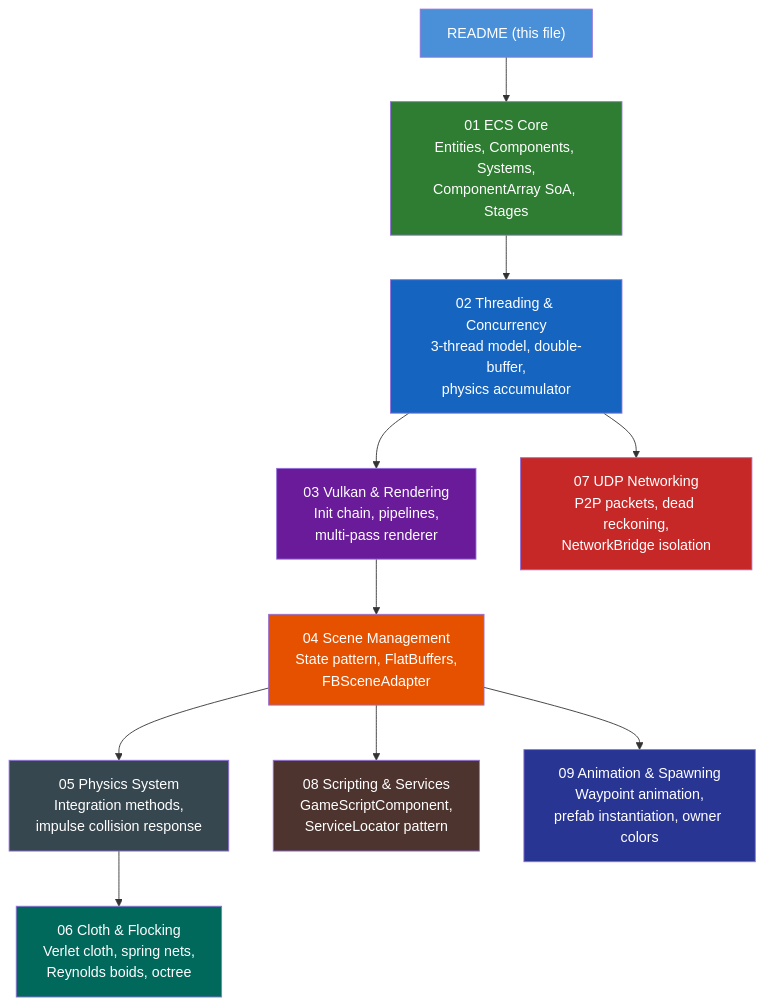
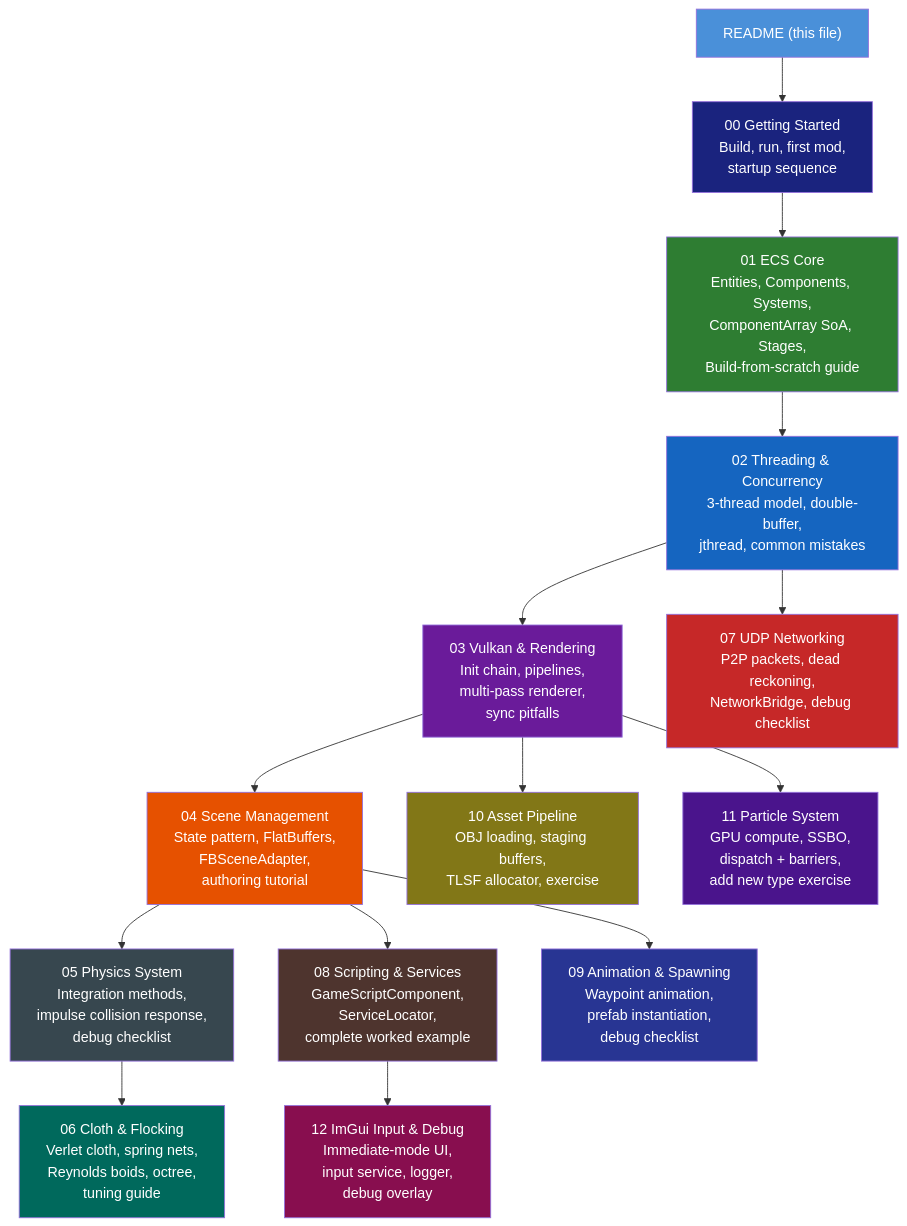
One commit to JoseSerranoHull/simulation-engine changed the diagram in markdown/TechnicalManual/README.md. Above: the diagram before and after it, drawn with Mermaid. The commit also changed other lines of this file and 26 other files, not shown here.

````diff
--- a/markdown/TechnicalManual/README.md
+++ b/markdown/TechnicalManual/README.md
@@ -23,35 +51,47 @@
 ```mermaid
 graph TD
+    GS["00 Getting Started<br/>Build, run, first mod,<br/>startup sequence"]
     README["README (this file)"]
 
-    ECS["01 ECS Core<br/>Entities, Components, Systems,<br/>ComponentArray SoA, Stages"]
-    THR["02 Threading &amp; Concurrency<br/>3-thread model, double-buffer,<br/>physics accumulator"]
-    VK["03 Vulkan &amp; Rendering<br/>Init chain, pipelines,<br/>multi-pass renderer"]
-    SCENE["04 Scene Management<br/>State pattern, FlatBuffers,<br/>FBSceneAdapter"]
-    PHY["05 Physics System<br/>Integration methods,<br/>impulse collision response"]
-    CF["06 Cloth &amp; Flocking<br/>Verlet cloth, spring nets,<br/>Reynolds boids, octree"]
-    NET["07 UDP Networking<br/>P2P packets, dead reckoning,<br/>NetworkBridge isolation"]
-    SCR["08 Scripting &amp; Services<br/>GameScriptComponent,<br/>ServiceLocator pattern"]
-    ANI["09 Animation &amp; Spawning<br/>Waypoint animation,<br/>prefab instantiation, owner colors"]
+    ECS["01 ECS Core<br/>Entities, Components, Systems,<br/>ComponentArray SoA, Stages,<br/>Build-from-scratch guide"]
+    THR["02 Threading &amp; Concurrency<br/>3-thread model, double-buffer,<br/>jthread, common mistakes"]
+    VK["03 Vulkan &amp; Rendering<br/>Init chain, pipelines,<br/>multi-pass renderer,<br/>sync pitfalls"]
+    SCENE["04 Scene Management<br/>State pattern, FlatBuffers,<br/>FBSceneAdapter,<br/>authoring tutorial"]
+    PHY["05 Physics System<br/>Integration methods,<br/>impulse collision response,<br/>debug checklist"]
+    CF["06 Cloth &amp; Flocking<br/>Verlet cloth, spring nets,<br/>Reynolds boids, octree,<br/>tuning guide"]
+    NET["07 UDP Networking<br/>P2P packets, dead reckoning,<br/>NetworkBridge, debug checklist"]
+    SCR["08 Scripting &amp; Services<br/>GameScriptComponent,<br/>ServiceLocator,<br/>complete worked example"]
+    ANI["09 Animation &amp; Spawning<br/>Waypoint animation,<br/>prefab instantiation,<br/>debug checklist"]
+    AST["10 Asset Pipeline<br/>OBJ loading, staging buffers,<br/>TLSF allocator, exercise"]
+    PAR["11 Particle System<br/>GPU compute, SSBO,<br/>dispatch + barriers,<br/>add new type exercise"]
+    DBG["12 ImGui Input &amp; Debug<br/>Immediate-mode UI,<br/>input service, logger,<br/>debug overlay"]
 
-    README --> ECS
+    README --> GS
+    GS --> ECS
     ECS --> THR
     THR --> VK
     VK --> SCENE
+    VK --> AST
     SCENE --> PHY
     PHY --> CF
     THR --> NET
     SCENE --> SCR
     SCENE --> ANI
+    VK --> PAR
+    SCR --> DBG
 
     style README fill:#4a90d9,color:#fff
+    style GS fill:#1a237e,color:#fff
     style ECS fill:#2e7d32,color:#fff
     style THR fill:#1565c0,color:#fff
     style VK fill:#6a1b9a,color:#fff
     style SCENE fill:#e65100,color:#fff
     style PHY fill:#37474f,color:#fff
     style CF fill:#00695c,color:#fff
     style NET fill:#c62828,color:#fff
     style SCR fill:#4e342e,color:#fff
     style ANI fill:#283593,color:#fff
+    style AST fill:#827717,color:#fff
+    style PAR fill:#4a148c,color:#fff
+    style DBG fill:#880e4f,color:#fff
 ```
````
